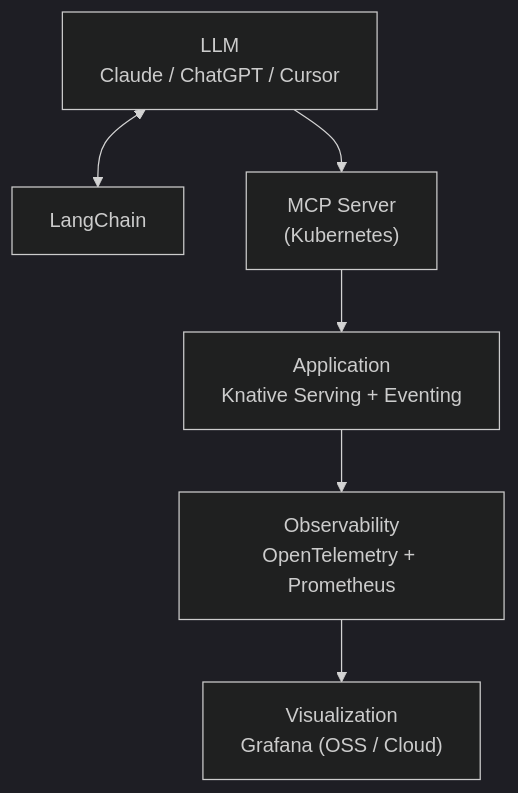
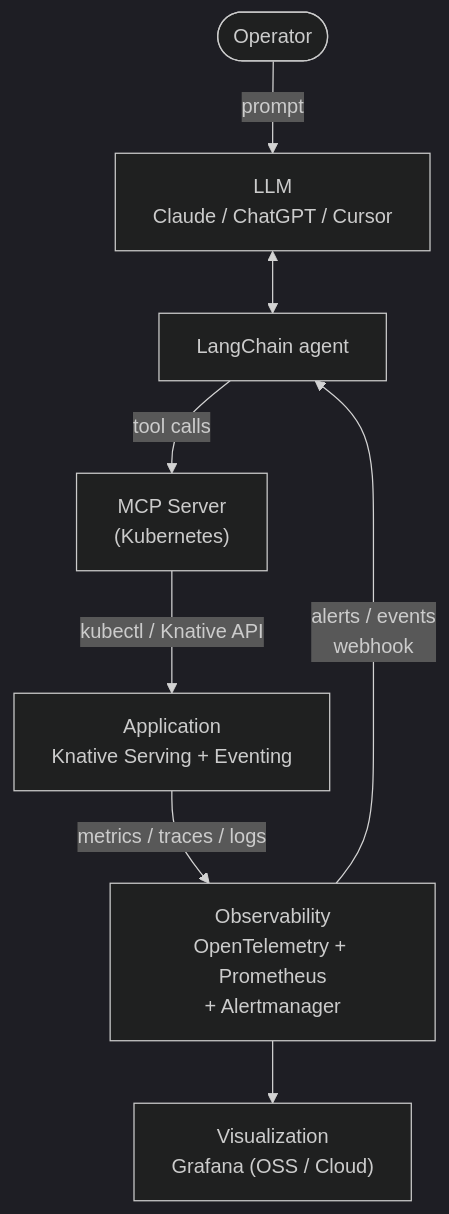
The first of 2 diagrams in README.md (kacperszo/Knative-O), drawn with Mermaid (dark theme) before and after one commit. The commit also changed other lines of this file, not shown here.

Commit message:
Model observability-to-LLM feedback loop for reactive operations

````diff
--- a/README.md
+++ b/README.md
@@ -155,15 +156,18 @@
 ```mermaid
 graph TD
+    USER([Operator])
     LLM["LLM<br/>Claude / ChatGPT / Cursor"]
-    LC[LangChain]
+    LC[LangChain agent]
     MCP["MCP Server<br/>(Kubernetes)"]
     APP["Application<br/>Knative Serving + Eventing"]
-    OBS["Observability<br/>OpenTelemetry + Prometheus"]
+    OBS["Observability<br/>OpenTelemetry + Prometheus<br/>+ Alertmanager"]
     VIS["Visualization<br/>Grafana (OSS / Cloud)"]
 
+    USER -- prompt --> LLM
     LLM <--> LC
-    LLM --> MCP
-    MCP --> APP
-    APP --> OBS
+    LC -- tool calls --> MCP
+    MCP -- kubectl / Knative API --> APP
+    APP -- metrics / traces / logs --> OBS
     OBS --> VIS
+    OBS -- alerts / events<br/>webhook --> LC
 ```
````
